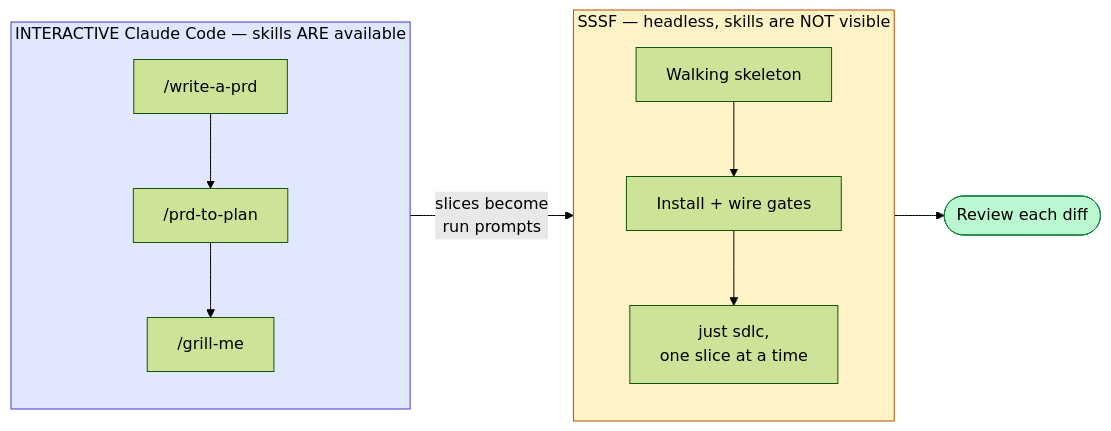
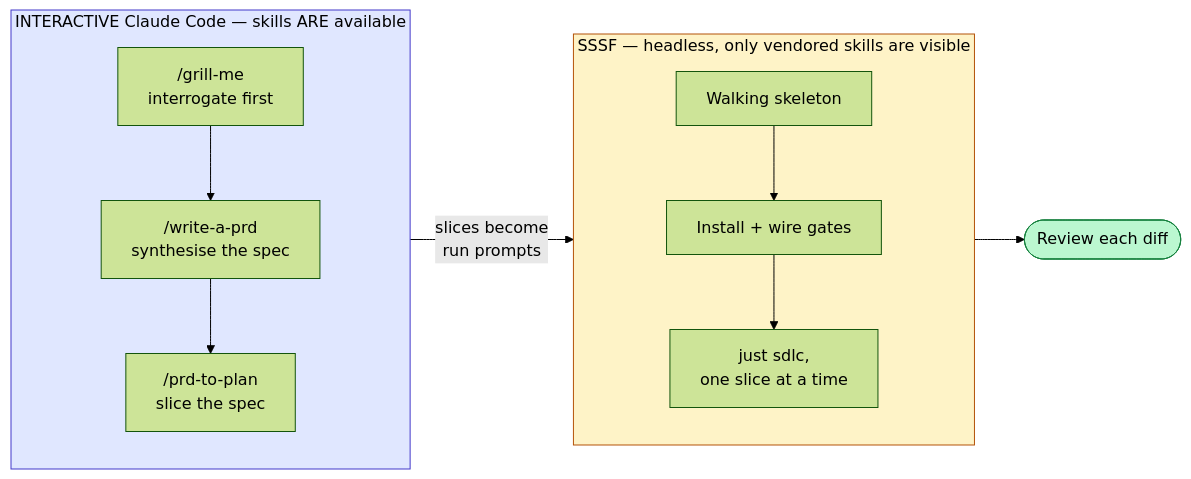
The fourth of 5 diagrams in docs/playbook-adopting-sssf.md (joystick/super-simple-software-factory), drawn with Mermaid (forest theme) before and after one commit. The commit also changed other lines of this file and 1 other file, not shown here.

````diff
--- a/docs/playbook-adopting-sssf.md
+++ b/docs/playbook-adopting-sssf.md
@@ -217,17 +251,17 @@
 ```mermaid
 flowchart LR
     subgraph I["INTERACTIVE Claude Code — skills ARE available"]
         direction TB
-        P1["/write-a-prd"] --> P2["/prd-to-plan"] --> P3["/grill-me"]
+        P1["/grill-me<br/>interrogate first"] --> P2["/write-a-prd<br/>synthesise the spec"] --> P3["/prd-to-plan<br/>slice the spec"]
     end
-    subgraph S["SSSF — headless, skills are NOT visible"]
+    subgraph S["SSSF — headless, only vendored skills are visible"]
         direction TB
         S1[Walking skeleton] --> S2[Install + wire gates] --> S3[just sdlc,<br/>one slice at a time]
     end
     P3 -->|"slices become<br/>run prompts"| S1
     S3 --> Rev([Review each diff])
 
     style I fill:#e0e7ff,stroke:#4338ca,color:#000
     style S fill:#fef3c7,stroke:#b45309,color:#000
     style Rev fill:#bbf7d0,stroke:#15803d,color:#000
 ```
````
